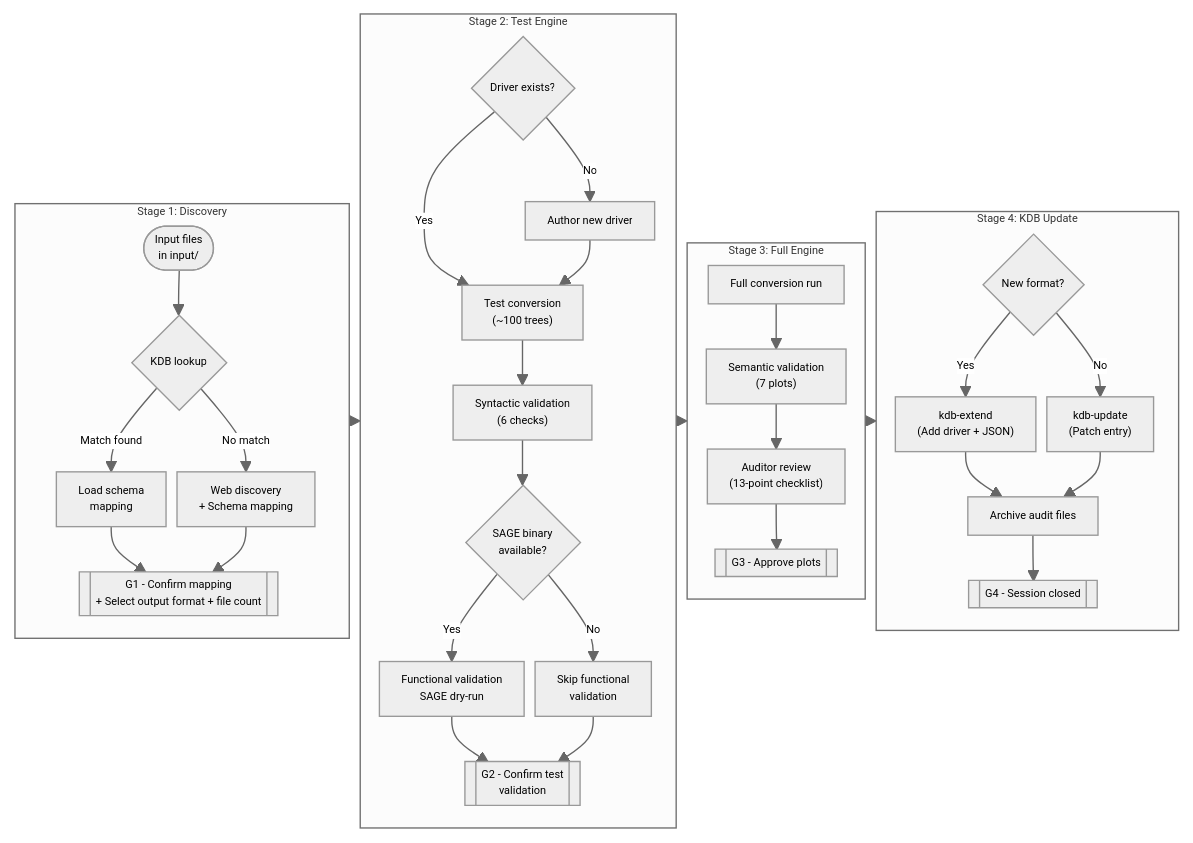
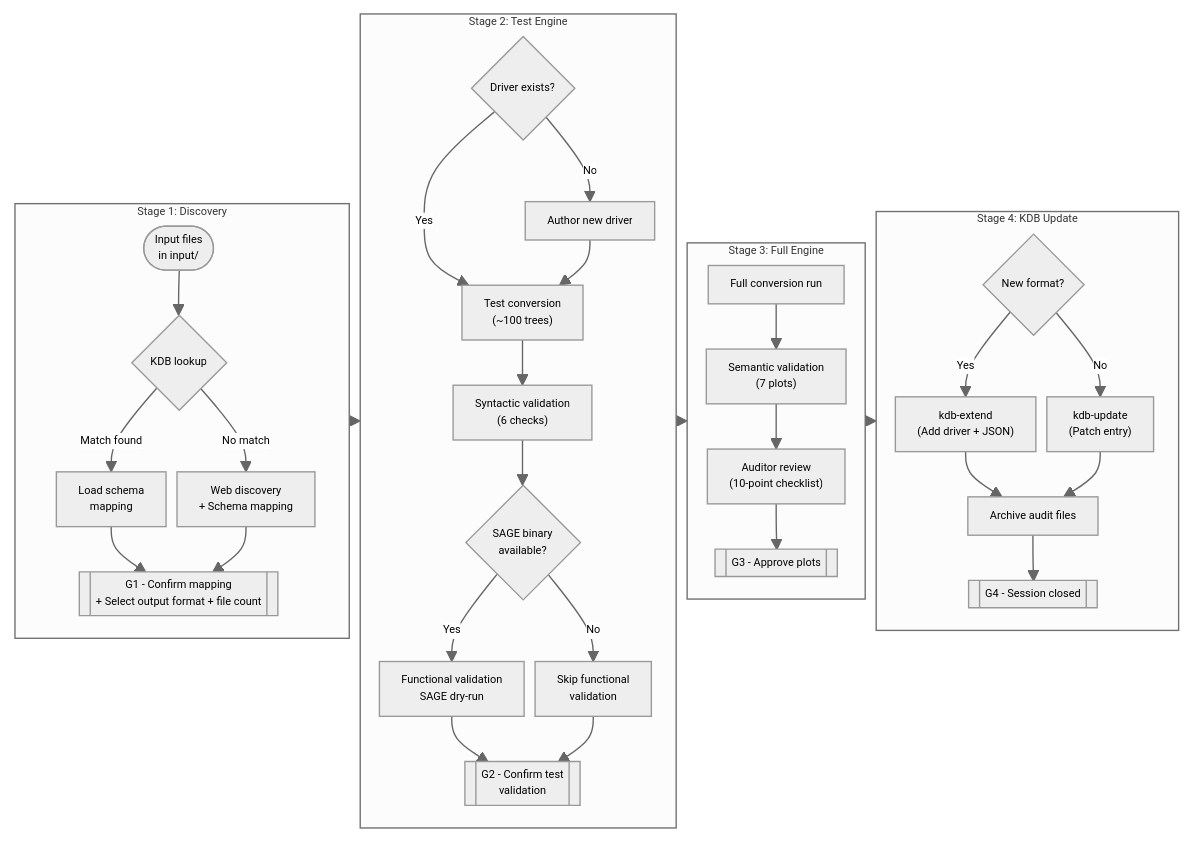
The diagram in README.md (robmost/sage_tree_converter), drawn with Mermaid before and after one commit. The commit also changed other lines of this file, not shown here.

````diff
--- a/README.md
+++ b/README.md
@@ -49,54 +49,54 @@
 ```mermaid
 ---
 config:
     theme: neutral
     flowchart:
         rankSpacing:  8
         nodeSpacing: 8
         padding: 8
         curve: basis
     themeVariables:
         fontSize: 8px
 ---
 flowchart LR
     subgraph s1["Stage 1: Discovery"]
         direction TB
         a(["Input files<br/>in input/"]) --> b{"KDB lookup"}
         b -- "Match found" --> c["Load schema<br/>mapping"]
         b -- "No match" --> d["Web discovery<br/>+ Schema mapping"]
         c & d --> g1[["G1 - Confirm mapping<br/>+ Select output format + file count"]]
     end
 
     subgraph s2["Stage 2: Test Engine"]
         direction TB
         e{"Driver exists?"}
         e -- "Yes" --> f["Test conversion<br/>(~100 trees)"]
         e -- "No" --> g["Author new driver"] --> f
         f --> h["Syntactic validation<br/>(6 checks)"]
         h --> i{"SAGE binary<br/>available?"}
         i -- "Yes" --> j["Functional validation<br/>SAGE dry-run"]
         i -- "No" --> k["Skip functional<br/>validation"]
         j & k --> g2[["G2 - Confirm test<br/>validation"]]
     end
 
     subgraph s3["Stage 3: Full Engine"]
         direction TB
         l["Full conversion run"]
         l --> m["Semantic validation<br/>(7 plots)"]
-        m --> n["Auditor review<br/>(13-point checklist)"]
+        m --> n["Auditor review<br/>(10-point checklist)"]
         n --> g3[["G3 - Approve plots"]]
     end
 
     subgraph s4["Stage 4: KDB Update"]
         direction TB
         o{"New format?"}
         o -- "Yes" --> p["kdb-extend<br/>(Add driver + JSON)"]
         o -- "No" --> q["kdb-update<br/>(Patch entry)"]
         p & q --> r["Archive audit files"]
         r --> g4[["G4 - Session closed"]]
     end
 
     s1 --> s2
     s2 --> s3
     s3 --> s4
 ```
````
